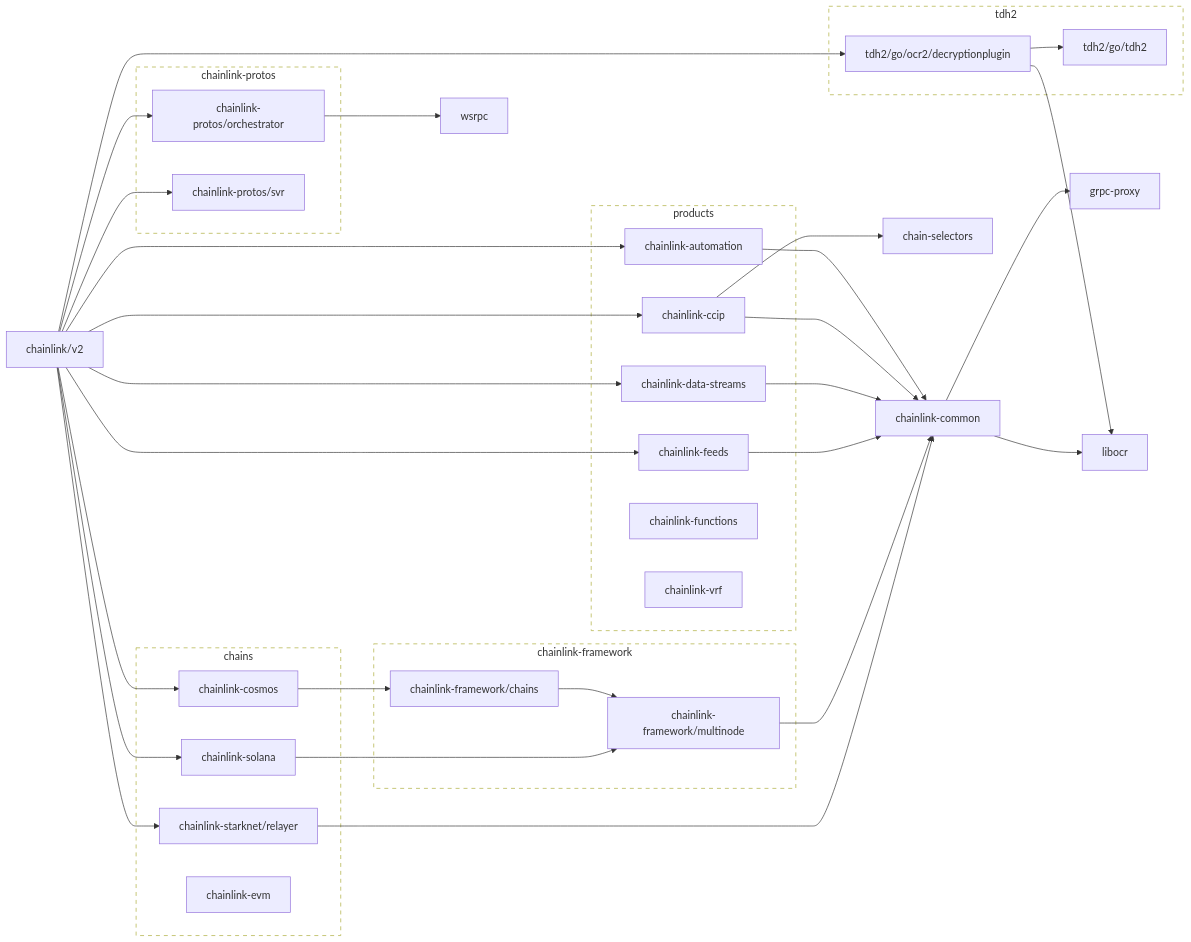
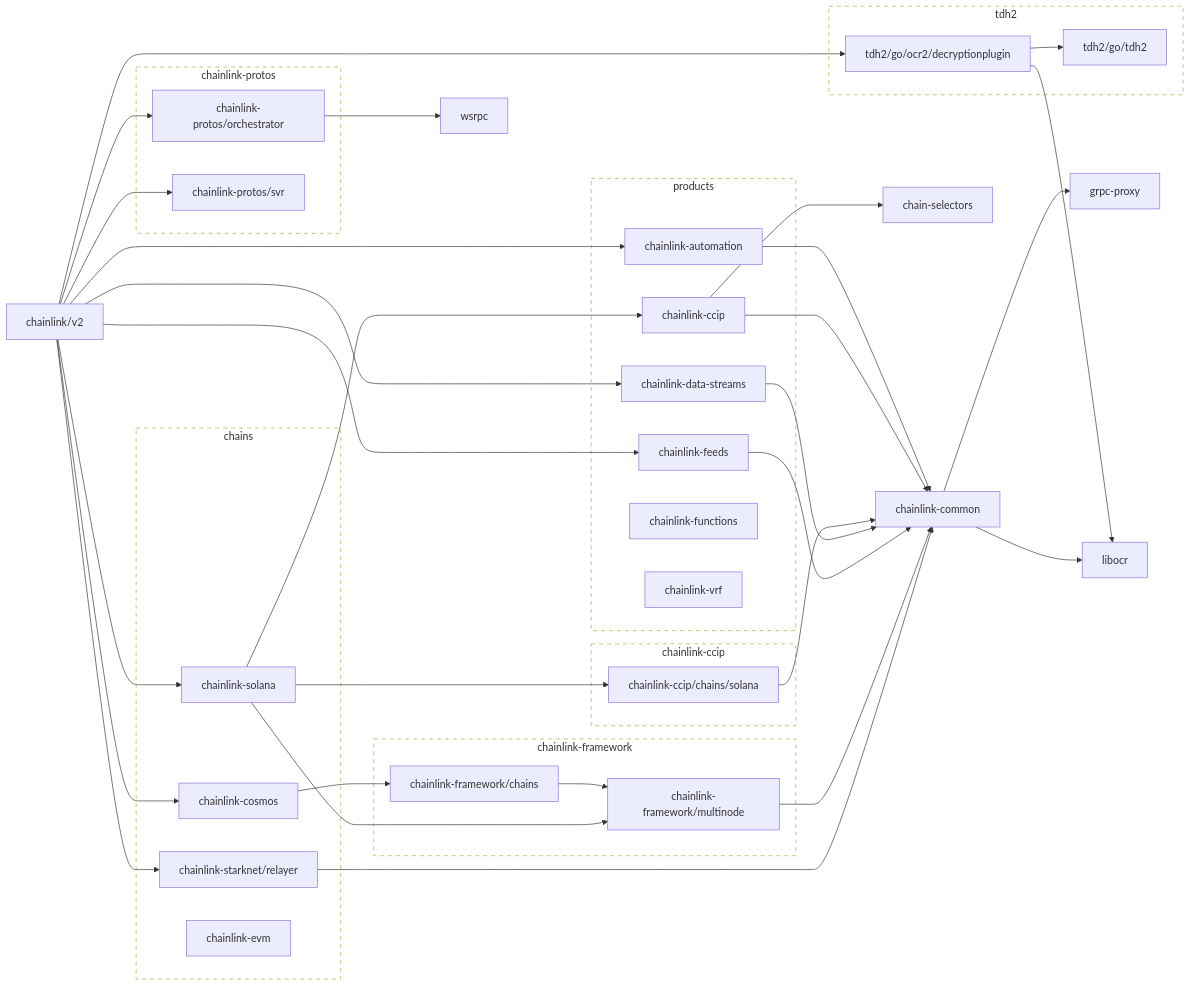
The first of 2 diagrams in go.md (smartcontractkit/chainlink), drawn with Mermaid before and after one commit. The commit also changed other lines of this file, not shown here.

````diff
--- a/go.md
+++ b/go.md
@@ -28,6 +28,8 @@
 	chainlink-ccip --> chain-selectors
 	chainlink-ccip --> chainlink-common
 	click chainlink-ccip href "https://github.com/smartcontractkit/chainlink-ccip"
+	chainlink-ccip/chains/solana --> chainlink-common
+	click chainlink-ccip/chains/solana href "https://github.com/smartcontractkit/chainlink-ccip"
 	chainlink-common --> grpc-proxy
 	chainlink-common --> libocr
 	click chainlink-common href "https://github.com/smartcontractkit/chainlink-common"
@@ -45,12 +47,13 @@
 	click chainlink-protos/orchestrator href "https://github.com/smartcontractkit/chainlink-protos"
 	chainlink-protos/svr
 	click chainlink-protos/svr href "https://github.com/smartcontractkit/chainlink-protos"
+	chainlink-solana --> chainlink-ccip
+	chainlink-solana --> chainlink-ccip/chains/solana
 	chainlink-solana --> chainlink-framework/multinode
 	click chainlink-solana href "https://github.com/smartcontractkit/chainlink-solana"
 	chainlink-starknet/relayer --> chainlink-common
 	click chainlink-starknet/relayer href "https://github.com/smartcontractkit/chainlink-starknet"
 	chainlink/v2 --> chainlink-automation
-	chainlink/v2 --> chainlink-ccip
 	chainlink/v2 --> chainlink-cosmos
 	chainlink/v2 --> chainlink-data-streams
 	chainlink/v2 --> chainlink-feeds
@@ -72,6 +75,12 @@
 	wsrpc
 	click wsrpc href "https://github.com/smartcontractkit/wsrpc"
 
+	subgraph chainlink-ccip-repo[chainlink-ccip]
+		 chainlink-ccip
+		 chainlink-ccip/chains/solana
+	end
+	click chainlink-ccip-repo href "https://github.com/smartcontractkit/chainlink-ccip"
+
 	subgraph chainlink-framework-repo[chainlink-framework]
 		 chainlink-framework/chains
 		 chainlink-framework/multinode
@@ -91,5 +100,5 @@
 	click tdh2-repo href "https://github.com/smartcontractkit/tdh2"
 
 	classDef outline stroke-dasharray:6,fill:none;
-	class chainlink-framework-repo,chainlink-protos-repo,tdh2-repo outline
+	class chainlink-ccip-repo,chainlink-framework-repo,chainlink-protos-repo,tdh2-repo outline
 ```
````
